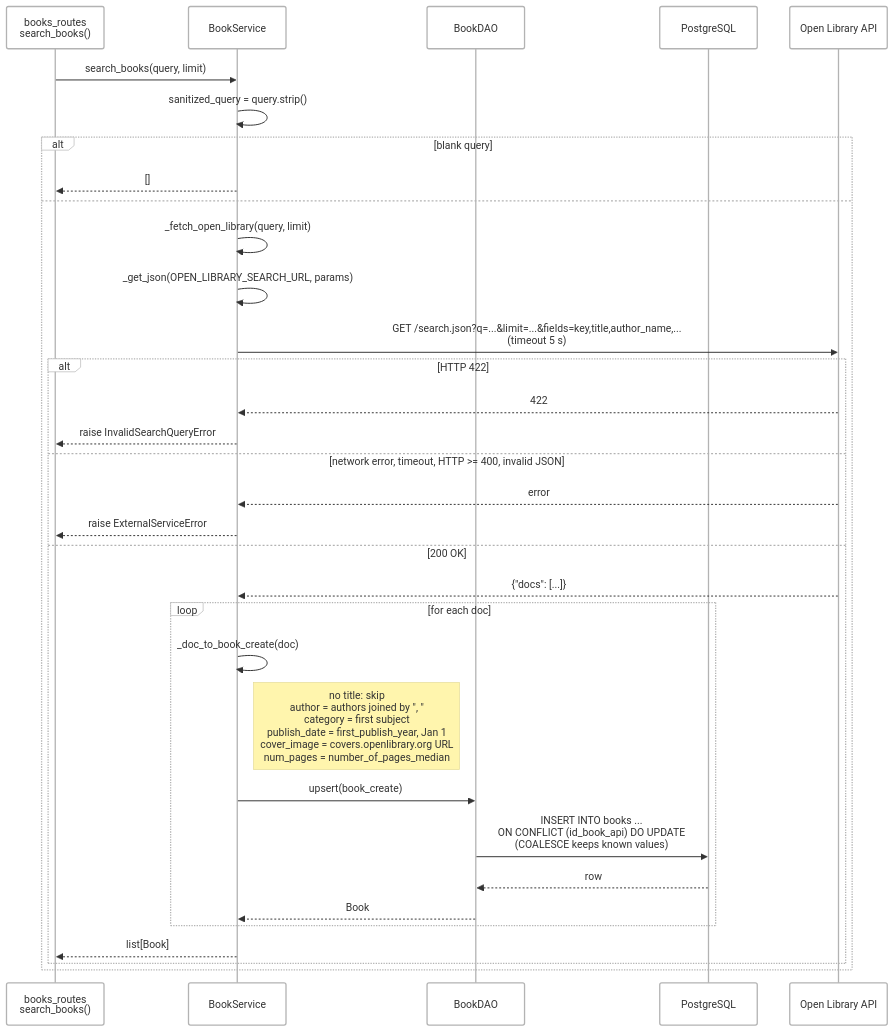
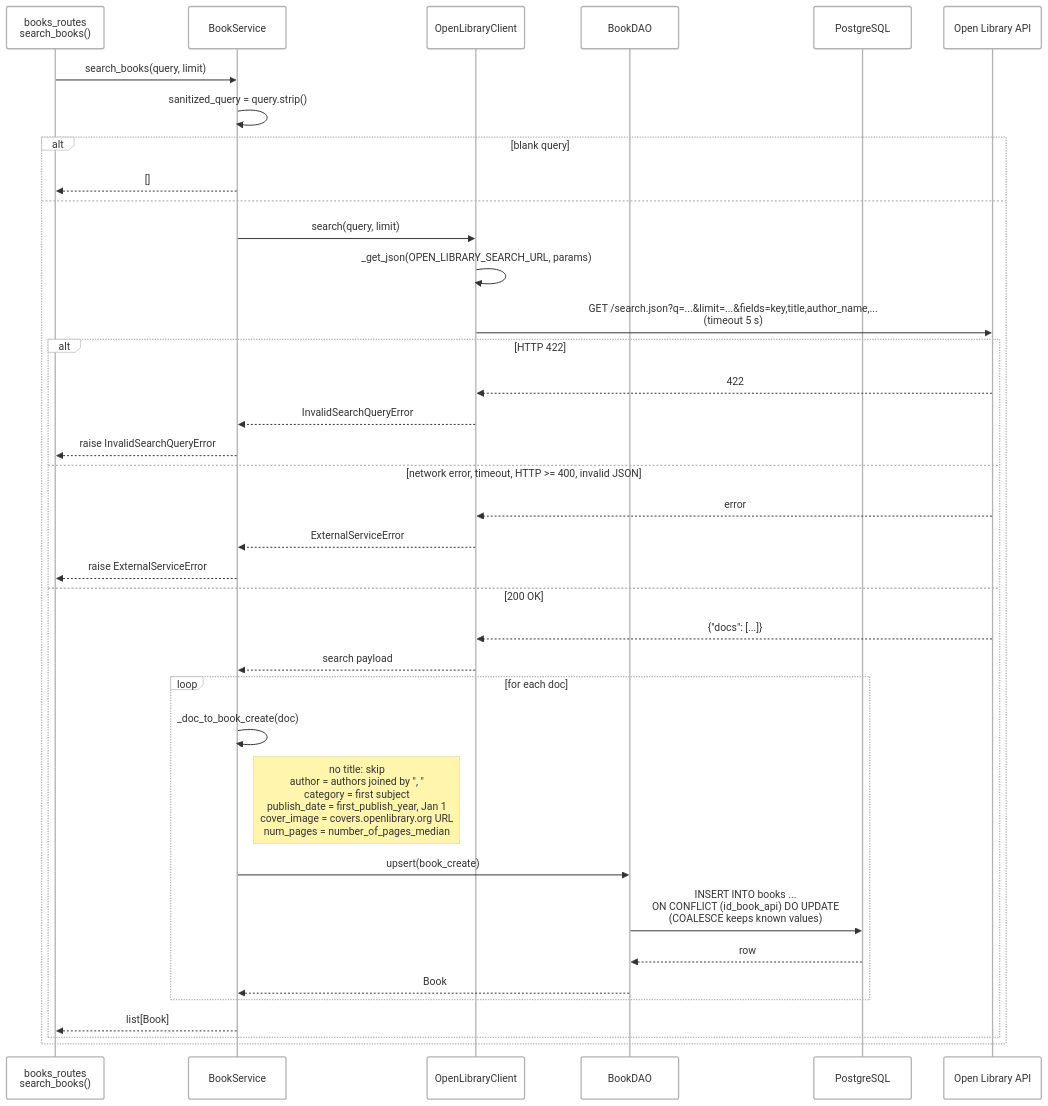
Before and after one commit to kevinbrgl/ensai-it-project-2a-team-27-: the diagram in doc/sequence_diagram_process_search_detail.md, drawn with Mermaid. The commit also changed 24 other files, not shown here.

````diff
--- a/doc/sequence_diagram_process_search_detail.md
+++ b/doc/sequence_diagram_process_search_detail.md
@@ -5,42 +5,46 @@
 ```mermaid
 ---
 config:
   theme: neo
   look: classic
 ---
 sequenceDiagram
     participant API as books_routes<br/>search_books()
     participant BS as BookService
+    participant Client as OpenLibraryClient
     participant DAO as BookDAO
     participant DB as PostgreSQL
     participant OL as Open Library API
 
     API->>BS: search_books(query, limit)
     BS->>BS: sanitized_query = query.strip()
     alt blank query
         BS-->>API: []
     else
-        BS->>BS: _fetch_open_library(query, limit)
-        BS->>BS: _get_json(OPEN_LIBRARY_SEARCH_URL, params)
-        BS->>OL: GET /search.json?q=...&limit=...&fields=key,title,author_name,...<br/>(timeout 5 s)
+        BS->>Client: search(query, limit)
+        Client->>Client: _get_json(OPEN_LIBRARY_SEARCH_URL, params)
+        Client->>OL: GET /search.json?q=...&limit=...&fields=key,title,author_name,...<br/>(timeout 5 s)
 
         alt HTTP 422
-            OL-->>BS: 422
+            OL-->>Client: 422
+            Client-->>BS: InvalidSearchQueryError
             BS-->>API: raise InvalidSearchQueryError
         else network error, timeout, HTTP >= 400, invalid JSON
-            OL-->>BS: error
+            OL-->>Client: error
+            Client-->>BS: ExternalServiceError
             BS-->>API: raise ExternalServiceError
         else 200 OK
-            OL-->>BS: {"docs": [...]}
+            OL-->>Client: {"docs": [...]}
+            Client-->>BS: search payload
             loop for each doc
                 BS->>BS: _doc_to_book_create(doc)
                 Note right of BS: no title: skip<br/>author = authors joined by ", "<br/>category = first subject<br/>publish_date = first_publish_year, Jan 1<br/>cover_image = covers.openlibrary.org URL<br/>num_pages = number_of_pages_median
                 BS->>DAO: upsert(book_create)
                 DAO->>DB: INSERT INTO books ...<br/>ON CONFLICT (id_book_api) DO UPDATE<br/>(COALESCE keeps known values)
                 DB-->>DAO: row
                 DAO-->>BS: Book
             end
             BS-->>API: list[Book]
         end
     end
 ```
````
